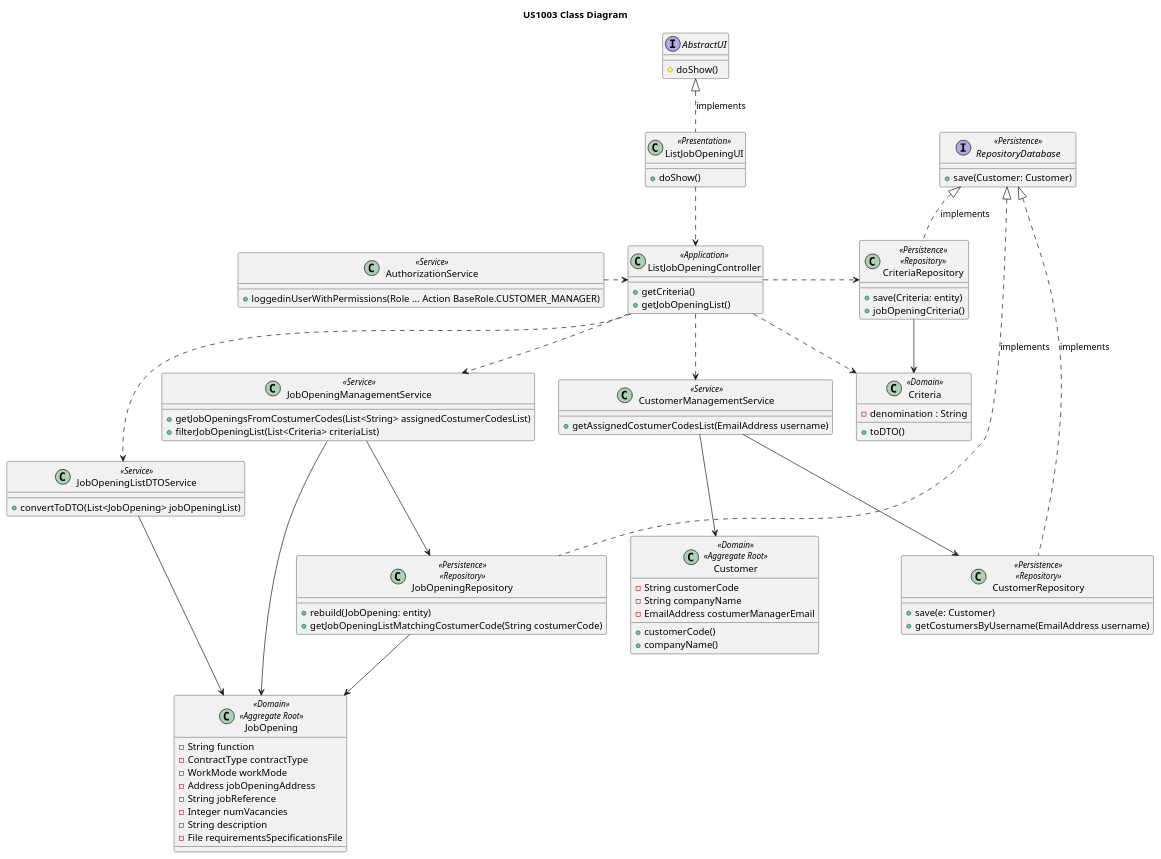
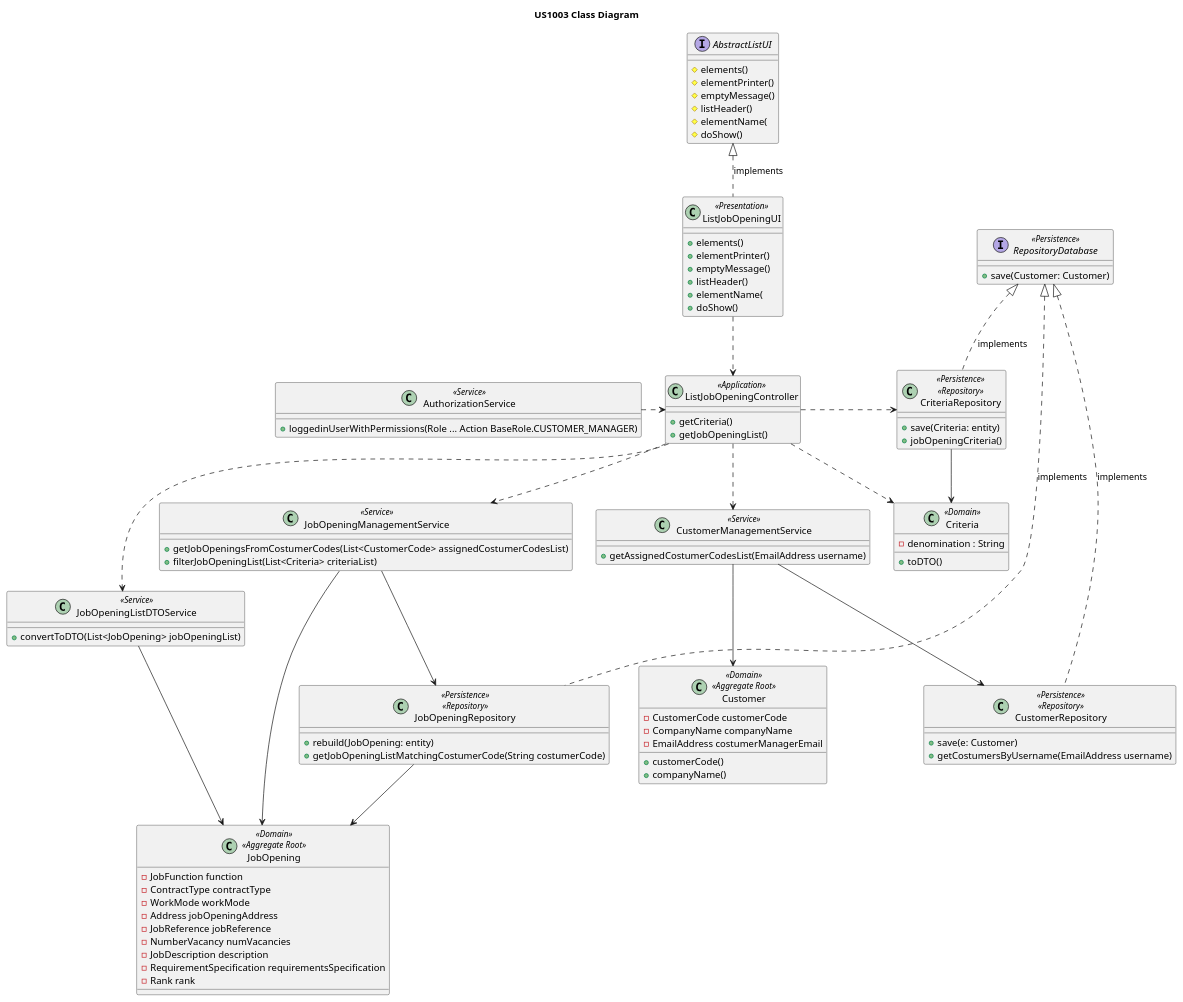
The diagram in docs/sb_us_1003/US1003_Class_Diagram/us1003_class_diagram.puml (rita-barbosa/LAPR4-2324), drawn with PlantUML before and after one commit. The commit also changed 3 other files, not shown here.

First line of the commit message:
docs: US1003 diagrams update

```diff
--- a/docs/sb_us_1003/US1003_Class_Diagram/us1003_class_diagram.puml
+++ b/docs/sb_us_1003/US1003_Class_Diagram/us1003_class_diagram.puml
@@ -1,111 +1,122 @@
 @startuml US1003_class_diagram
 'https://plantuml.com/class-diagram
 
 title US1003 Class Diagram
 
-interface AbstractUI{
+interface AbstractListUI{
+# elements()
+# elementPrinter()
+# emptyMessage()
+# listHeader()
+# elementName(
 # doShow()
 }
 
 class CustomerManagementService <<Service>> {
 + getAssignedCostumerCodesList(EmailAddress username)
 }
 
 class Customer <<Domain>> <<Aggregate Root>> {
-- String customerCode
-- String companyName
+- CustomerCode customerCode
+- CompanyName companyName
 - EmailAddress costumerManagerEmail
 + customerCode()
 + companyName()
 }
 
 class JobOpeningManagementService <<Service>> {
-+ getJobOpeningsFromCostumerCodes(List<String> assignedCostumerCodesList)
++ getJobOpeningsFromCostumerCodes(List<CustomerCode> assignedCostumerCodesList)
 + filterJobOpeningList(List<Criteria> criteriaList)
 }
 
 class JobOpeningListDTOService <<Service>> {
 + convertToDTO(List<JobOpening> jobOpeningList)
 }
 
 class ListJobOpeningUI <<Presentation>> {
++ elements()
++ elementPrinter()
++ emptyMessage()
++ listHeader()
++ elementName(
 + doShow()
 }
 
 class ListJobOpeningController <<Application>> {
 + getCriteria()
 + getJobOpeningList()
 }
 
 class Criteria <<Domain>> {
 - denomination : String
 + toDTO()
 }
 
 class AuthorizationService <<Service>> {
 + loggedinUserWithPermissions(Role ... Action BaseRole.CUSTOMER_MANAGER)
 }
 
 class JobOpening <<Domain>> <<Aggregate Root>> {
-- String function
+- JobFunction function
 - ContractType contractType
 - WorkMode workMode
 - Address jobOpeningAddress
-- String jobReference
-- Integer numVacancies
-- String description
-- File requirementsSpecificationsFile
+- JobReference jobReference
+- NumberVacancy numVacancies
+- JobDescription description
+- RequirementSpecification requirementsSpecification
+- Rank rank
 }
 
 class JobOpeningRepository <<Persistence>> <<Repository>> {
 + rebuild(JobOpening: entity)
 + getJobOpeningListMatchingCostumerCode(String costumerCode)
 }
 
 class CriteriaRepository <<Persistence>> <<Repository>> {
 + save(Criteria: entity)
 + jobOpeningCriteria()
 }
 
 class CustomerRepository  <<Persistence>> <<Repository>>  {
 + save(e: Customer)
 + getCostumersByUsername(EmailAddress username)
 }
 
 interface RepositoryDatabase <<Persistence>> {
 + save(Customer: Customer)
 }
 
 
 'Associations
 'Basic Flow
 ListJobOpeningUI ..> ListJobOpeningController
 ListJobOpeningController .> CriteriaRepository
 ListJobOpeningController .> Criteria
 ListJobOpeningController ..> CustomerManagementService
 ListJobOpeningController ..> JobOpeningManagementService
 ListJobOpeningController ..> JobOpeningListDTOService
 
 'Domain Layer
 CustomerManagementService -down-> CustomerRepository
 CustomerManagementService --> Customer
 JobOpeningManagementService --> JobOpeningRepository
 JobOpeningManagementService --> JobOpening
 JobOpeningListDTOService --> JobOpening
 
 
 'Persistence Layer
 CriteriaRepository --> Criteria
 JobOpeningRepository --> JobOpening
 
 'Interface implementation
 RepositoryDatabase <|.. JobOpeningRepository : implements
 RepositoryDatabase <|.. CriteriaRepository : implements
 RepositoryDatabase <|.. CustomerRepository : implements
 
-AbstractUI <|.. ListJobOpeningUI : implements
+AbstractListUI <|.. ListJobOpeningUI : implements
 
 'Authentication
 AuthorizationService .right.> ListJobOpeningController
 
 @enduml
```
